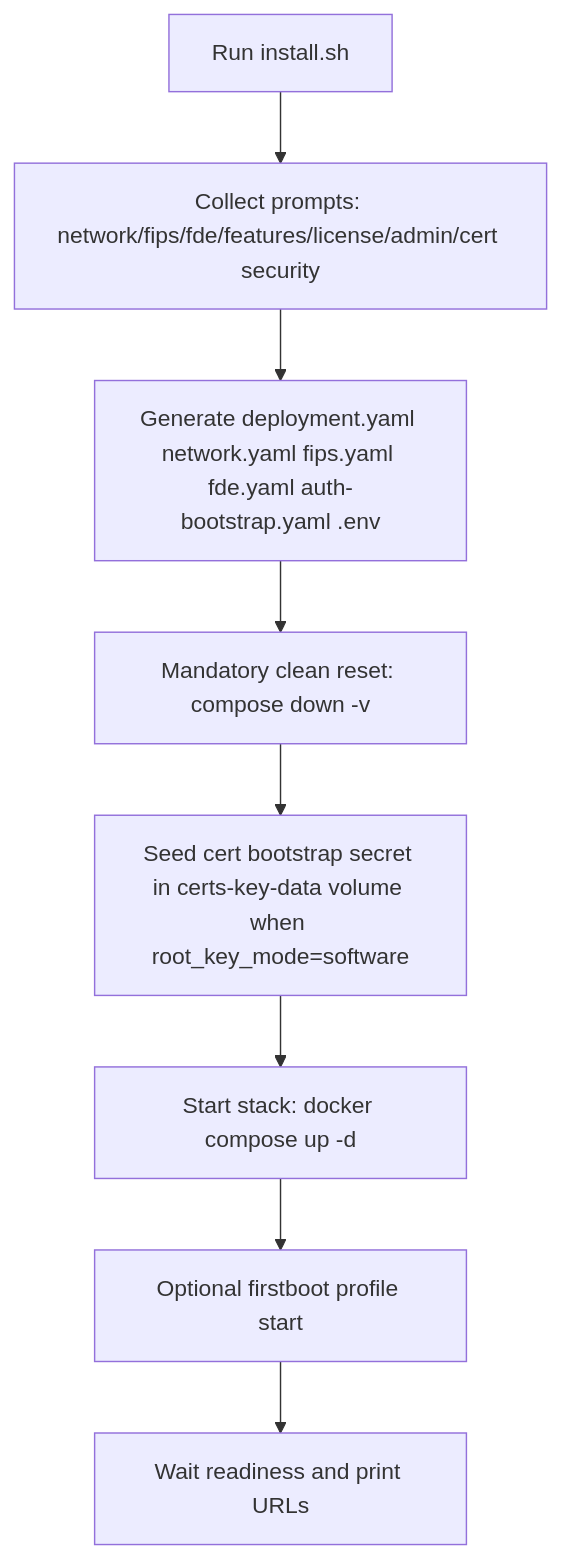
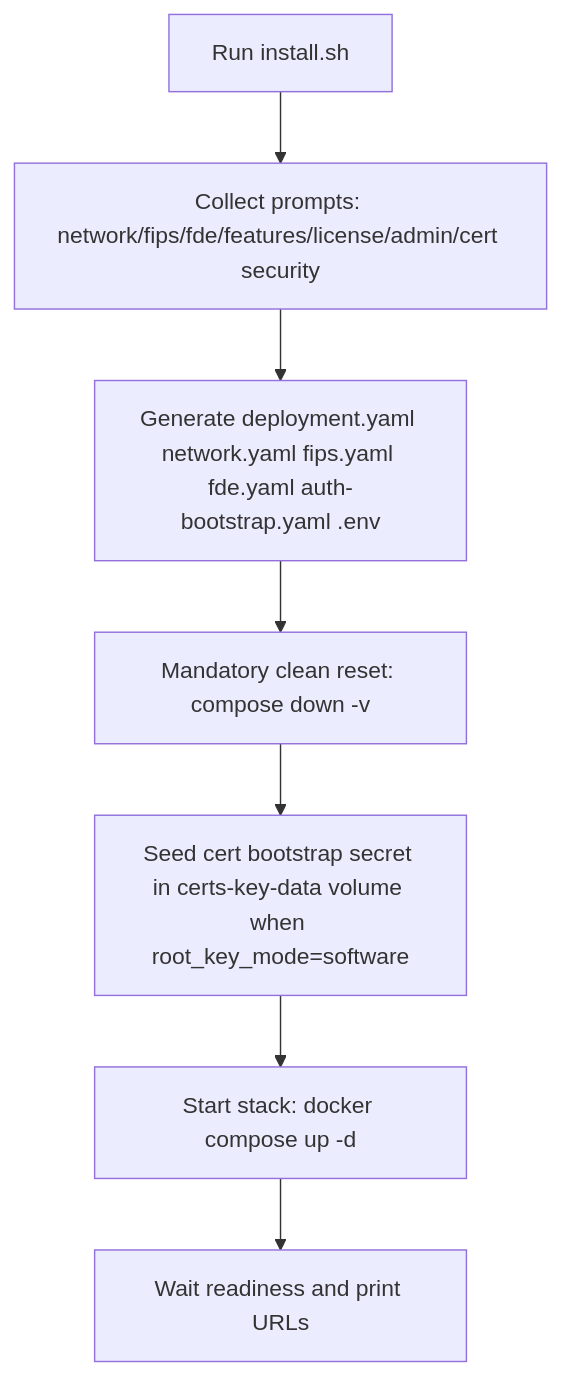
Before and after one commit to nishanttrana/KMSBeta: the first of 5 diagrams in RUNTIME_CONTROL_FLOW.md, drawn with Mermaid. The commit also changed other lines of this file and 167 other files, not shown here.

````diff
--- a/RUNTIME_CONTROL_FLOW.md
+++ b/RUNTIME_CONTROL_FLOW.md
@@ -66,10 +64,9 @@
 ```mermaid
 flowchart TD
   A[Run install.sh] --> B[Collect prompts: network/fips/fde/features/license/admin/cert security]
   B --> C[Generate deployment.yaml network.yaml fips.yaml fde.yaml auth-bootstrap.yaml .env]
   C --> D[Mandatory clean reset: compose down -v]
   D --> E[Seed cert bootstrap secret in certs-key-data volume when root_key_mode=software]
   E --> F[Start stack: docker compose up -d]
-  F --> G[Optional firstboot profile start]
-  G --> H[Wait readiness and print URLs]
+  F --> G[Wait readiness and print URLs]
 ```
````
